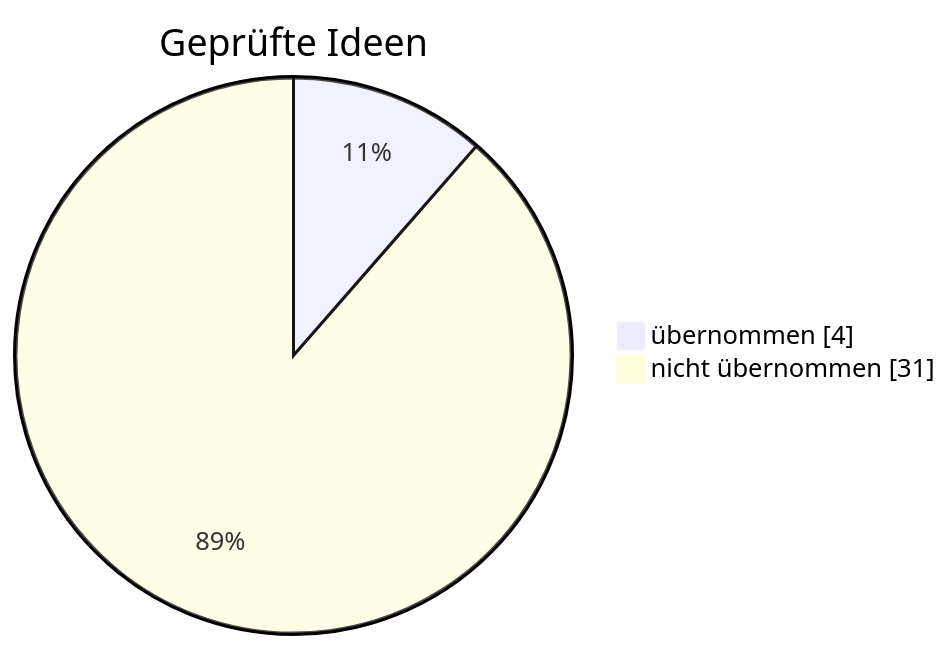
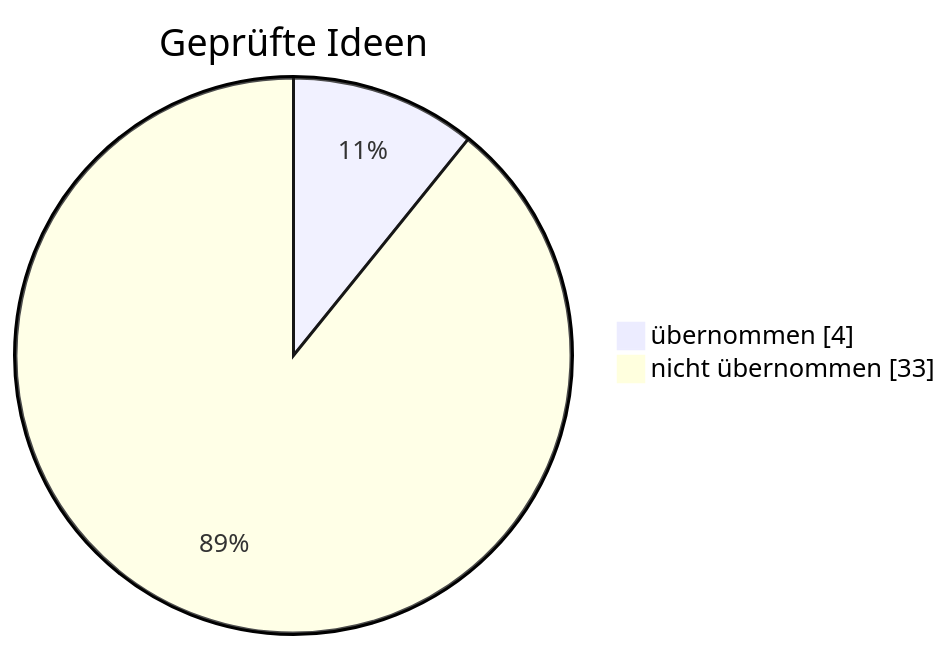
The diagram in gehirn/Notizen/Was der Bot schon weiß.md (sickingmalte-arch/Test-Bot), drawn with Mermaid before and after one commit. The commit also changed other lines of this file and 11 other files, not shown here.

````diff
--- a/gehirn/Notizen/Was der Bot schon weiß.md
+++ b/gehirn/Notizen/Was der Bot schon weiß.md
@@ -19,6 +19,6 @@
 ```mermaid
 pie showData
     title Geprüfte Ideen
     "übernommen" : 4
-    "nicht übernommen" : 31
+    "nicht übernommen" : 33
 ```
````
